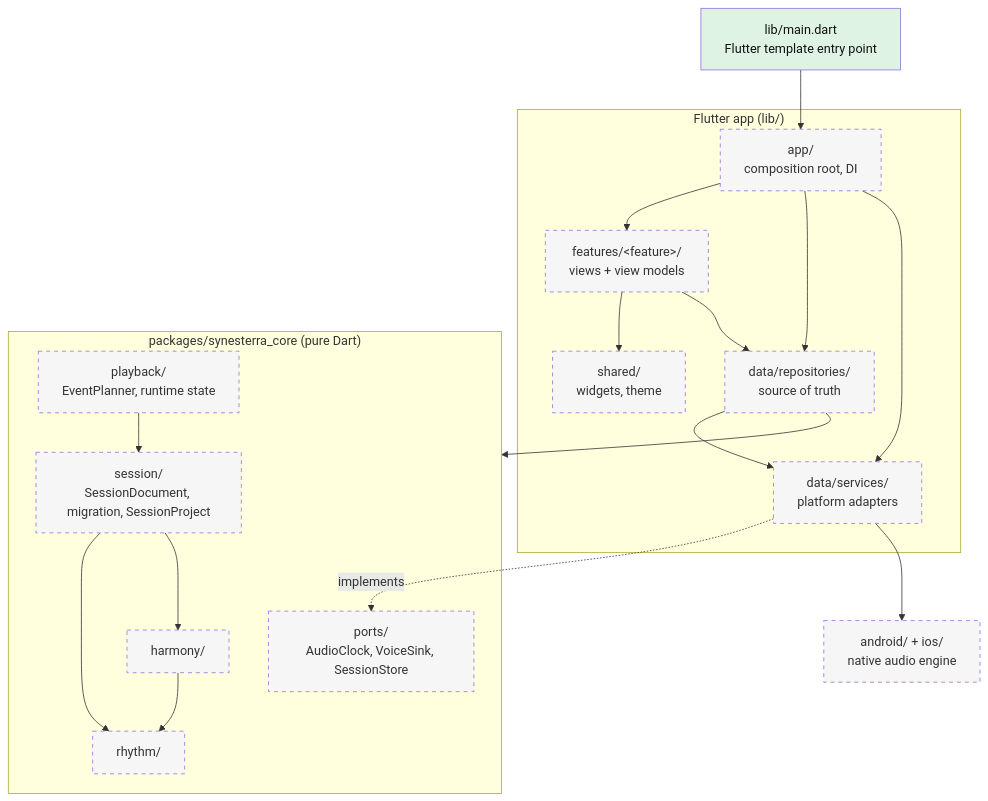
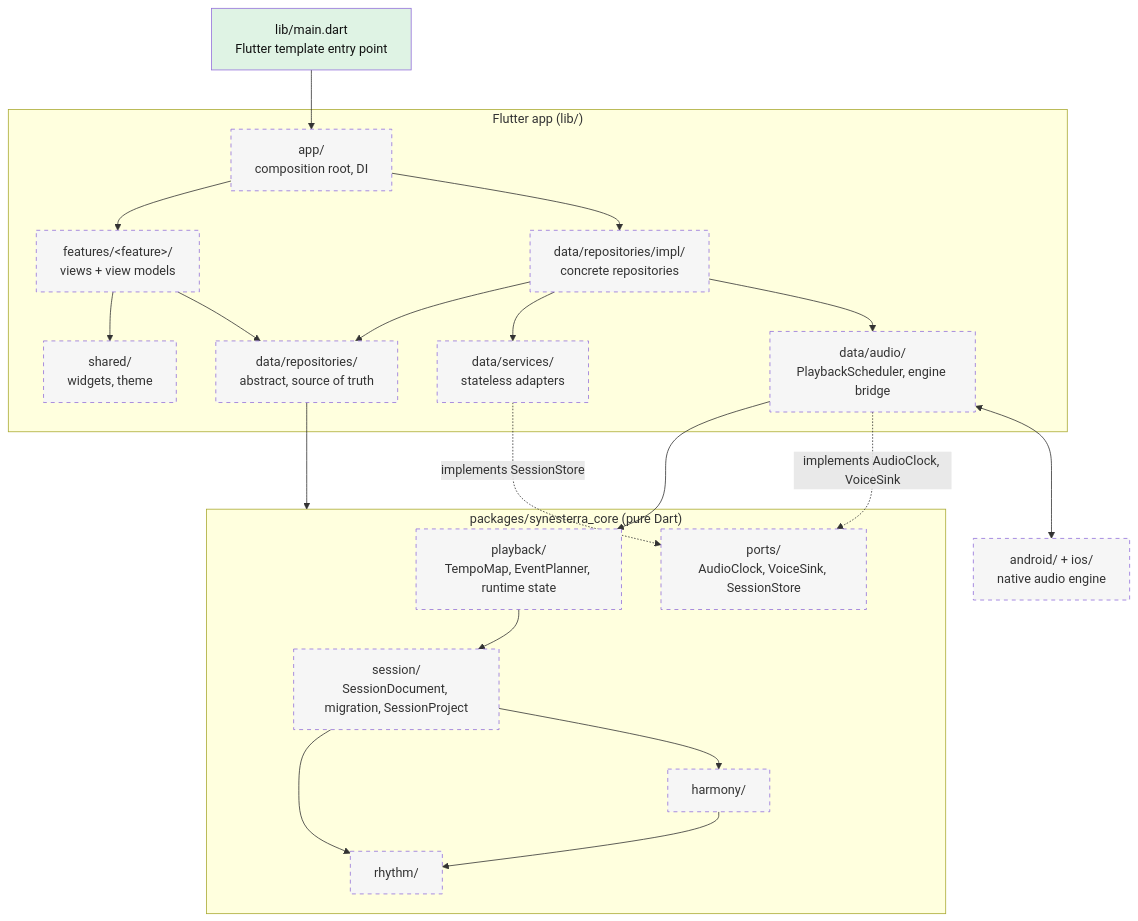
One commit to KornelSzyszka/synesterra-mobile changed the diagram in docs/architecture.md. Above: the diagram before and after it, drawn with Mermaid. The commit also changed other lines of this file and 1 other file, not shown here.

Commit message:
docs: address ADR 0001 review findings
- R7 is checkable by import analysis: concrete repositories live in
  data/repositories/impl and only app/ may import them.
- Add the real-time hand-off: AudioClock, PlaybackRepository as owner of
  RuntimePerformanceState, PlaybackScheduler, EventPlanner windows,
  VoiceSink, and a generation rule for cancelling stale events.
- Count part/part of and re-exports as dependencies; forbid part files (R9).
- Name data/audio as the stateful exception to stateless services.

````diff
--- a/docs/architecture.md
+++ b/docs/architecture.md
@@ -5,39 +5,44 @@
 ```mermaid
 flowchart TD
     main["lib/main.dart<br/>Flutter template entry point"]
     subgraph app["Flutter app (lib/)"]
         root["app/<br/>composition root, DI"]
         features["features/&lt;feature&gt;/<br/>views + view models"]
         shared["shared/<br/>widgets, theme"]
-        repos["data/repositories/<br/>source of truth"]
-        services["data/services/<br/>platform adapters"]
+        repos["data/repositories/<br/>abstract, source of truth"]
+        impl["data/repositories/impl/<br/>concrete repositories"]
+        services["data/services/<br/>stateless adapters"]
+        audio["data/audio/<br/>PlaybackScheduler, engine bridge"]
     end
     subgraph core["packages/synesterra_core (pure Dart)"]
         session["session/<br/>SessionDocument, migration, SessionProject"]
         rhythm["rhythm/"]
         harmony["harmony/"]
-        playback["playback/<br/>EventPlanner, runtime state"]
+        playback["playback/<br/>TempoMap, EventPlanner, runtime state"]
         ports["ports/<br/>AudioClock, VoiceSink, SessionStore"]
     end
     native["android/ + ios/<br/>native audio engine"]
 
     main --> root
     root --> features
-    root --> repos
-    root --> services
+    root --> impl
     features --> shared
     features --> repos
-    repos --> services
+    impl --> repos
+    impl --> services
+    impl --> audio
     repos --> core
-    services -. implements .-> ports
-    services --> native
+    audio --> playback
+    audio -. "implements AudioClock, VoiceSink" .-> ports
+    services -. "implements SessionStore" .-> ports
+    audio <--> native
     harmony --> rhythm
     session --> rhythm
     session --> harmony
     playback --> session
 
     classDef planned stroke-dasharray: 5 5,fill:#f6f6f6,color:#333
     classDef exists fill:#dff3e4,color:#111
     class main exists
-    class root,features,shared,repos,services,session,rhythm,harmony,playback,ports,native planned
+    class root,features,shared,repos,impl,services,audio,session,rhythm,harmony,playback,ports,native planned
 ```
````
